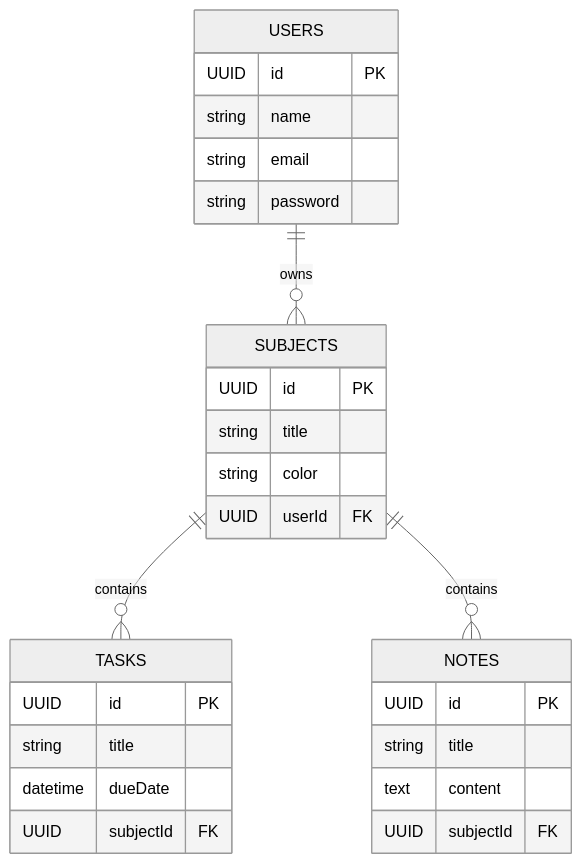
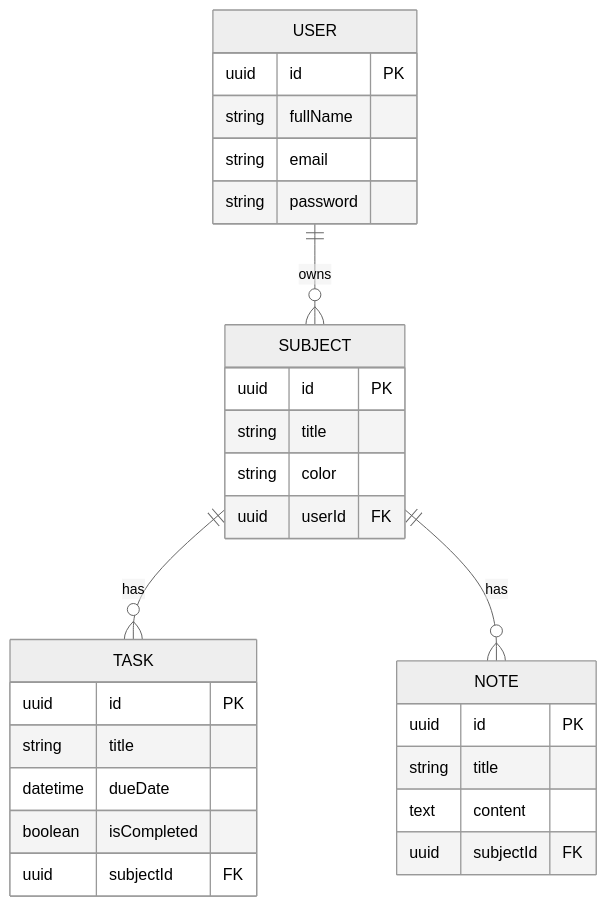
The second of 3 diagrams in README.md (othmaneslaimani2-jpg/StudyBuddy-AI), drawn with Mermaid (neutral theme) before and after one commit. The commit also changed other lines of this file, not shown here.

````diff
--- a/README.md
+++ b/README.md
@@ -166,34 +339,32 @@
 ```mermaid
 erDiagram
-    USERS ||--o{ SUBJECTS : owns
-    SUBJECTS ||--o{ TASKS : contains
-    SUBJECTS ||--o{ NOTES : contains
+    USER ||--o{ SUBJECT : owns
+    SUBJECT ||--o{ TASK : has
+    SUBJECT ||--o{ NOTE : has
 
-    USERS {
-        UUID id PK
-        string name
+    USER {
+        uuid id PK
+        string fullName
         string email
         string password
     }
-
-    SUBJECTS {
-        UUID id PK
+    SUBJECT {
+        uuid id PK
         string title
         string color
-        UUID userId FK
+        uuid userId FK
     }
-
-    TASKS {
-        UUID id PK
+    TASK {
+        uuid id PK
         string title
         datetime dueDate
-        UUID subjectId FK
+        boolean isCompleted
+        uuid subjectId FK
     }
-
-    NOTES {
-        UUID id PK
+    NOTE {
+        uuid id PK
         string title
         text content
-        UUID subjectId FK
+        uuid subjectId FK
     }
 ```
````
